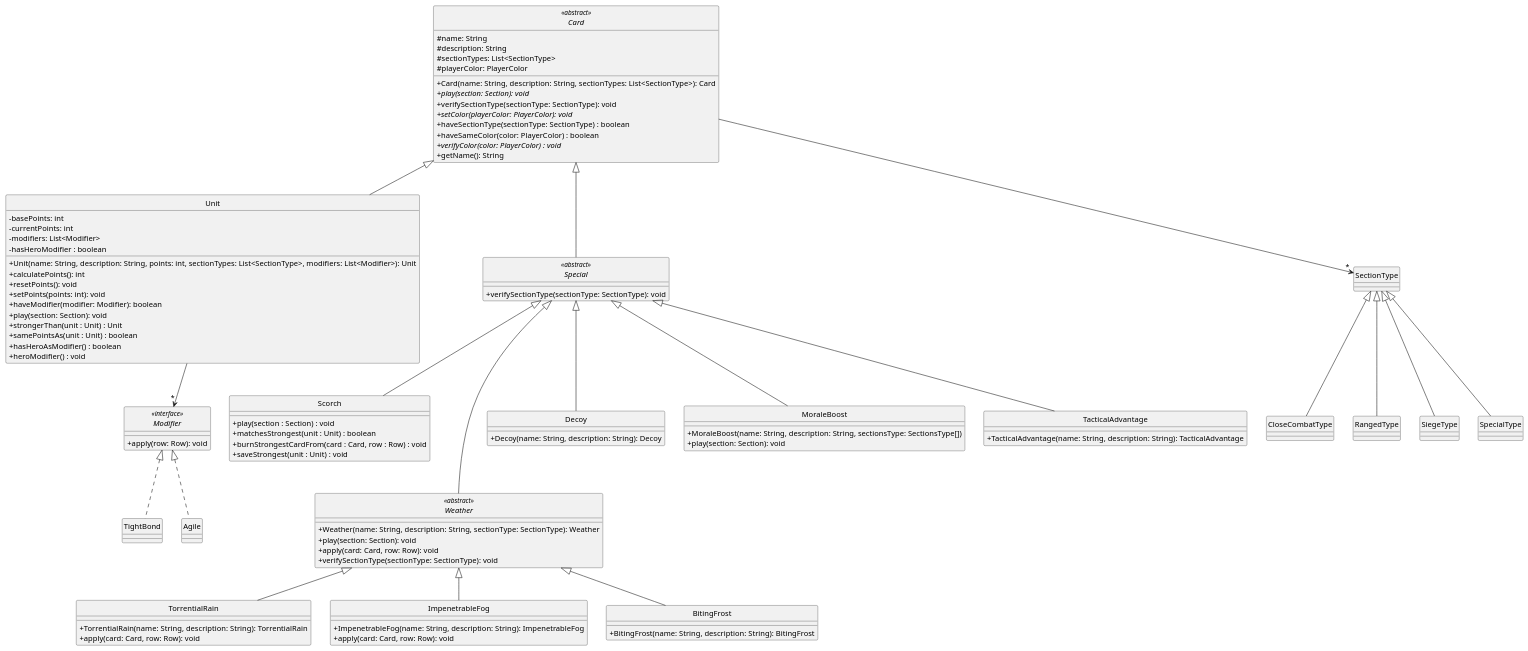
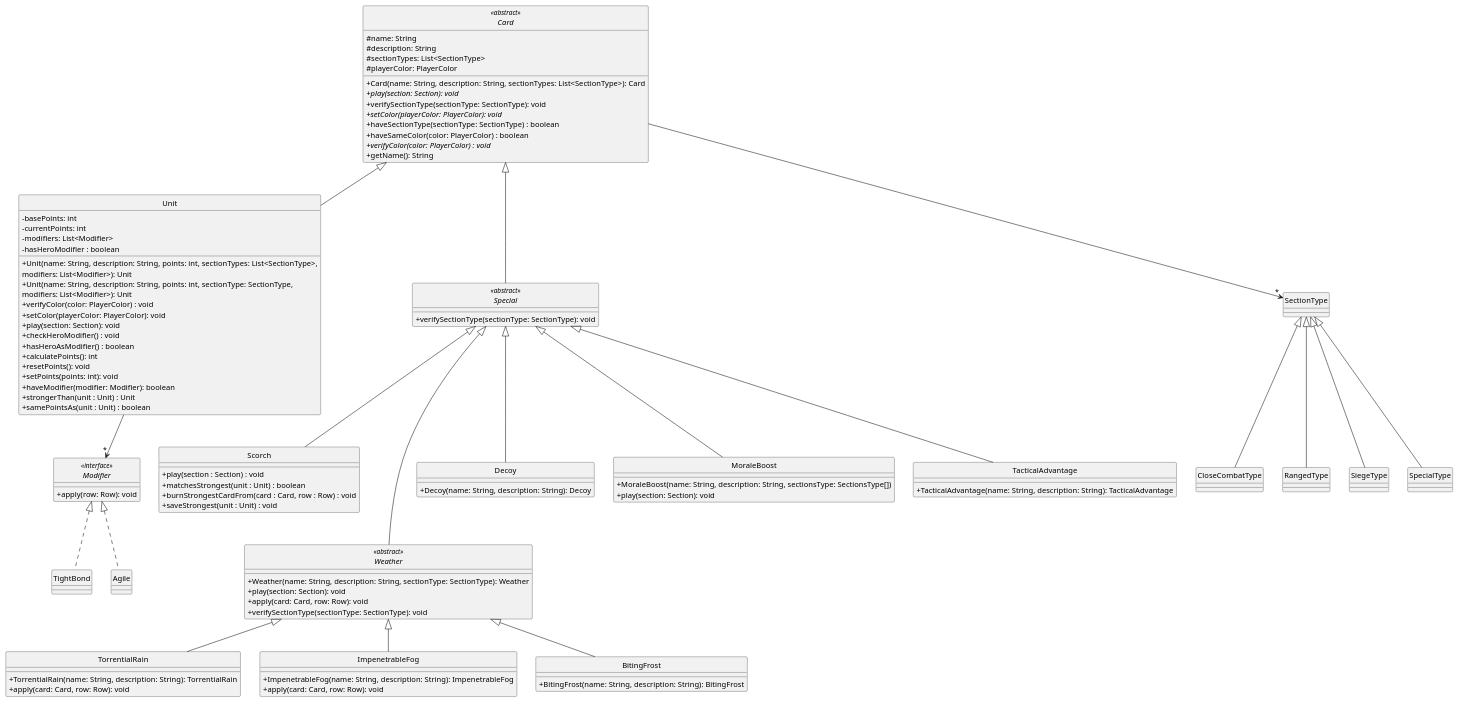
The diagram in diagrams/classes/cards.plantuml (Yonhir/algo3_proyecto_base_tp2), drawn with PlantUML before and after one commit.

Commit message:
tarjeta Unit actualizada

```diff
--- a/diagrams/classes/cards.plantuml
+++ b/diagrams/classes/cards.plantuml
@@ -1,127 +1,132 @@
 @startuml
 
 skinparam monochrome true
 hide circle
 skinparam classAttributeIconSize 0
 
 ' =====================
 ' CARD HIERARCHY
 ' =====================
 
 abstract class Card <<abstract>> {
   #name: String
   #description: String
   #sectionTypes: List<SectionType>
   #playerColor: PlayerColor
   +Card(name: String, description: String, sectionTypes: List<SectionType>): Card
   +{abstract}play(section: Section): void
   +verifySectionType(sectionType: SectionType): void
   +{abstract}setColor(playerColor: PlayerColor): void
   +haveSectionType(sectionType: SectionType) : boolean
   +haveSameColor(color: PlayerColor) : boolean
   +{abstract}verifyColor(color: PlayerColor) : void
   +getName(): String
 }
 
 class Unit {
   -basePoints: int
   -currentPoints: int
   -modifiers: List<Modifier>
   -hasHeroModifier : boolean
-  +Unit(name: String, description: String, points: int, sectionTypes: List<SectionType>, modifiers: List<Modifier>): Unit
+  +Unit(name: String, description: String, points: int, sectionTypes: List<SectionType>,
+  modifiers: List<Modifier>): Unit
+  +Unit(name: String, description: String, points: int, sectionType: SectionType,
+  modifiers: List<Modifier>): Unit
+  +verifyColor(color: PlayerColor) : void
+  +setColor(playerColor: PlayerColor): void
+  +play(section: Section): void
+  +checkHeroModifier() : void
+  +hasHeroAsModifier() : boolean
   +calculatePoints(): int
   +resetPoints(): void
   +setPoints(points: int): void
   +haveModifier(modifier: Modifier): boolean
-  +play(section: Section): void
   +strongerThan(unit : Unit) : Unit
   +samePointsAs(unit : Unit) : boolean
-  +hasHeroAsModifier() : boolean
-  +heroModifier() : void
 }
 
 abstract class Special <<abstract>> {
   +verifySectionType(sectionType: SectionType): void
 }
 
 class Scorch {
   +play(section : Section) : void
   +matchesStrongest(unit : Unit) : boolean
   +burnStrongestCardFrom(card : Card, row : Row) : void
   +saveStrongest(unit : Unit) : void
 }
 
 interface Modifier <<interface>> {
   +apply(row: Row): void
 }
 
 class TightBond {
 }
 
 class Agile {
 }
 
 abstract class Weather <<abstract>> {
   +Weather(name: String, description: String, sectionType: SectionType): Weather
   +play(section: Section): void
   +apply(card: Card, row: Row): void
   +verifySectionType(sectionType: SectionType): void
 }
 
 class TorrentialRain {
   +TorrentialRain(name: String, description: String): TorrentialRain
   +apply(card: Card, row: Row): void
 }
 
 class ImpenetrableFog {
   +ImpenetrableFog(name: String, description: String): ImpenetrableFog
   +apply(card: Card, row: Row): void
 }
 
 class BitingFrost {
   +BitingFrost(name: String, description: String): BitingFrost
 }
 
 class Decoy {
   +Decoy(name: String, description: String): Decoy
 }
 
 class MoraleBoost{
   +MoraleBoost(name: String, description: String, sectionsType: SectionsType[])
   +play(section: Section): void
 }
 
 class TacticalAdvantage {
   +TacticalAdvantage(name: String, description: String): TacticalAdvantage
 }
 
 ' =====================
 ' RELATIONSHIPS
 ' =====================
 
 Card <|-- Unit
 Card <|-- Special
 
 Card --> "*" SectionType
 
 SectionType <|-- CloseCombatType
 SectionType <|-- RangedType
 SectionType <|-- SiegeType
 SectionType <|-- SpecialType
 
 Unit --> "*" Modifier
 
 Modifier <|.. TightBond
 Modifier <|.. Agile
 
 Special <|-- Decoy
 Special <|-- TacticalAdvantage
 Special <|-- Scorch
 Special <|-- MoraleBoost
 Special <|--- Weather
 
 Weather <|-- TorrentialRain
 Weather <|-- ImpenetrableFog
 Weather <|-- BitingFrost
 
 @enduml
```
